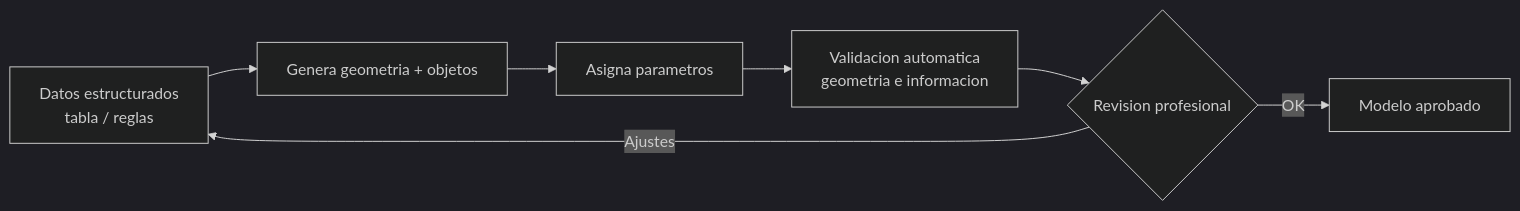
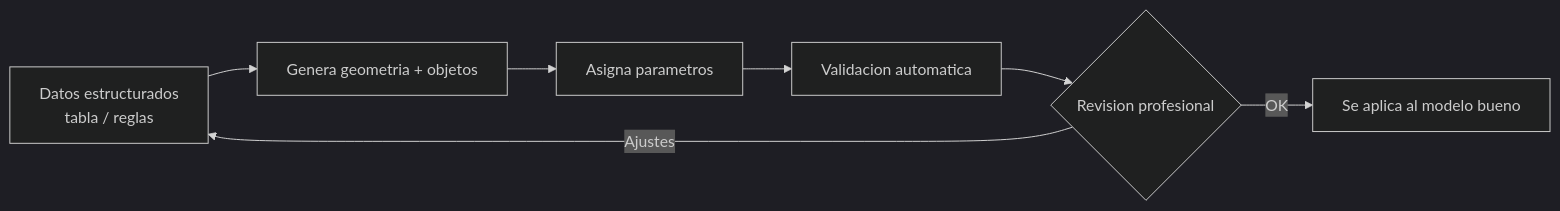
One commit to puyojulian-ascend/DiplomadoBIM.IA changed the second of 2 diagrams in docs/sessions/08-diseno-generativo.md. Above: the diagram before and after it, drawn with Mermaid (dark theme). The commit also changed other lines of this file and 14 other files, not shown here.

````diff
--- a/docs/sessions/08-diseno-generativo.md
+++ b/docs/sessions/08-diseno-generativo.md
@@ -262,9 +187,9 @@
 ```mermaid
 flowchart LR
     A[Datos estructurados<br/>tabla / reglas] --> B[Genera geometria + objetos]
     B --> C[Asigna parametros]
-    C --> D[Validacion automatica<br/>geometria e informacion]
+    C --> D[Validacion automatica]
     D --> E{Revision profesional}
-    E -- OK --> F[Modelo aprobado]
+    E -- OK --> F[Se aplica al modelo bueno]
     E -- Ajustes --> A
 ```
````
